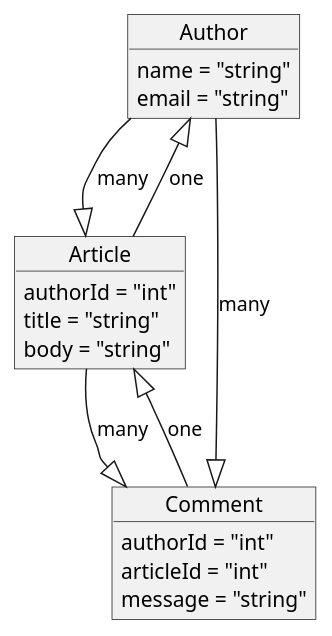
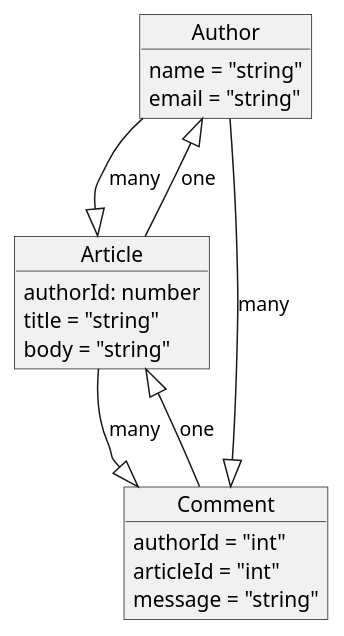
Before and after one commit to FantasticFiasco/sandbox-hateoas: the diagram in doc/resources/UML.md, drawn with PlantUML.

```diff
--- a/doc/resources/UML.md
+++ b/doc/resources/UML.md
@@ -4,27 +4,27 @@
 @startuml;
 object Author {
     name = "string"
     email = "string"
 }
 
 object Article {
-    authorId = "int"
+    authorId: number
     title = "string"
     body = "string"
 }
 
 object Comment {
     authorId = "int"
     articleId = "int"
     message = "string"
 }
 
 Author --|> Article : many
 Article --|> Author : one
     
 Article --|> Comment : many
 Comment --|> Article : one
 
 Author --|> Comment : many
 
 @enduml
```
